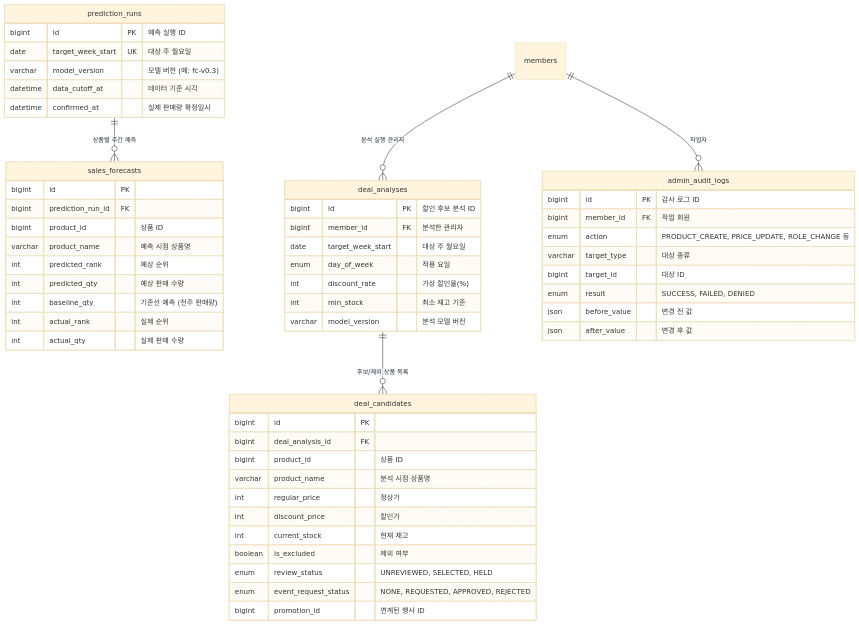
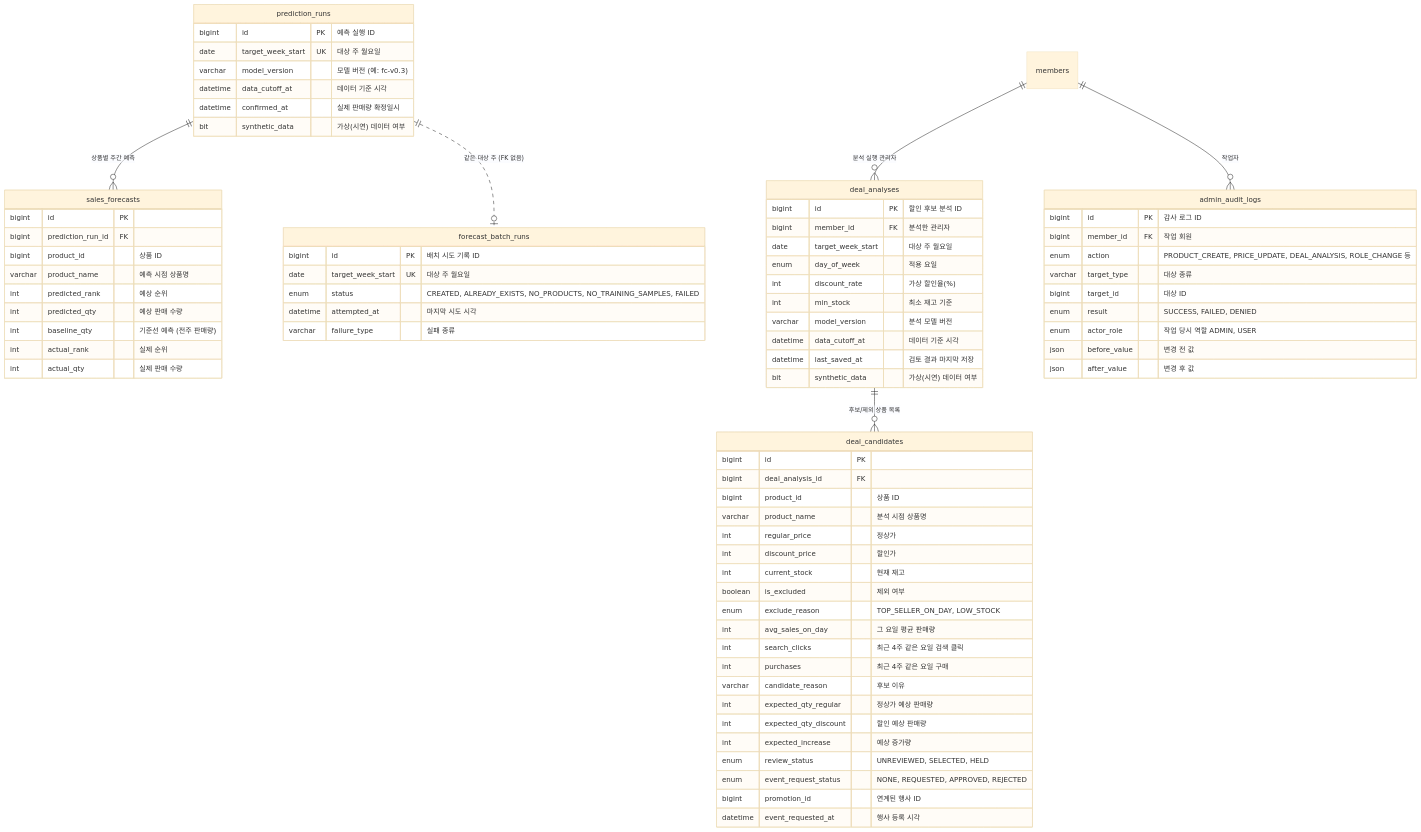
Before and after one commit to sparta-final-4/take-care-of-my-fridge: the tenth of 11 diagrams in docs/database/erd.md, drawn with Mermaid (base theme). The commit also changed other lines of this file and 53 other files, not shown here.

````diff
--- a/docs/database/erd.md
+++ b/docs/database/erd.md
@@ -487,6 +552,7 @@
 ```mermaid
 erDiagram
     prediction_runs ||--o{ sales_forecasts : "상품별 주간 예측"
+    prediction_runs ||..o| forecast_batch_runs : "같은 대상 주 (FK 없음)"
     members ||--o{ deal_analyses : "분석 실행 관리자"
     deal_analyses ||--o{ deal_candidates : "후보/제외 상품 목록"
     members ||--o{ admin_audit_logs : "작업자"
@@ -497,6 +563,7 @@
         varchar model_version "모델 버전 (예: fc-v0.3)"
         datetime data_cutoff_at "데이터 기준 시각"
         datetime confirmed_at "실제 판매량 확정일시"
+        bit synthetic_data "가상(시연) 데이터 여부"
     }
 
     sales_forecasts {
@@ -511,6 +578,14 @@
         int actual_qty "실제 판매 수량"
     }
 
+    forecast_batch_runs {
+        bigint id PK "배치 시도 기록 ID"
+        date target_week_start UK "대상 주 월요일"
+        enum status "CREATED, ALREADY_EXISTS, NO_PRODUCTS, NO_TRAINING_SAMPLES, FAILED"
+        datetime attempted_at "마지막 시도 시각"
+        varchar failure_type "실패 종류"
+    }
+
     deal_analyses {
         bigint id PK "할인 후보 분석 ID"
         bigint member_id FK "분석한 관리자"
@@ -519,6 +594,9 @@
         int discount_rate "가상 할인율(%)"
         int min_stock "최소 재고 기준"
         varchar model_version "분석 모델 버전"
+        datetime data_cutoff_at "데이터 기준 시각"
+        datetime last_saved_at "검토 결과 마지막 저장"
+        bit synthetic_data "가상(시연) 데이터 여부"
     }
 
     deal_candidates {
@@ -530,18 +608,28 @@
         int discount_price "할인가"
         int current_stock "현재 재고"
         boolean is_excluded "제외 여부"
+        enum exclude_reason "TOP_SELLER_ON_DAY, LOW_STOCK"
+        int avg_sales_on_day "그 요일 평균 판매량"
+        int search_clicks "최근 4주 같은 요일 검색 클릭"
+        int purchases "최근 4주 같은 요일 구매"
+        varchar candidate_reason "후보 이유"
+        int expected_qty_regular "정상가 예상 판매량"
+        int expected_qty_discount "할인 예상 판매량"
+        int expected_increase "예상 증가량"
         enum review_status "UNREVIEWED, SELECTED, HELD"
         enum event_request_status "NONE, REQUESTED, APPROVED, REJECTED"
         bigint promotion_id "연계된 행사 ID"
+        datetime event_requested_at "행사 등록 시각"
     }
 
     admin_audit_logs {
         bigint id PK "감사 로그 ID"
         bigint member_id FK "작업 회원"
-        enum action "PRODUCT_CREATE, PRICE_UPDATE, ROLE_CHANGE 등"
+        enum action "PRODUCT_CREATE, PRICE_UPDATE, DEAL_ANALYSIS, ROLE_CHANGE 등"
         varchar target_type "대상 종류"
         bigint target_id "대상 ID"
         enum result "SUCCESS, FAILED, DENIED"
+        enum actor_role "작업 당시 역할 ADMIN, USER"
         json before_value "변경 전 값"
         json after_value "변경 후 값"
     }
````
